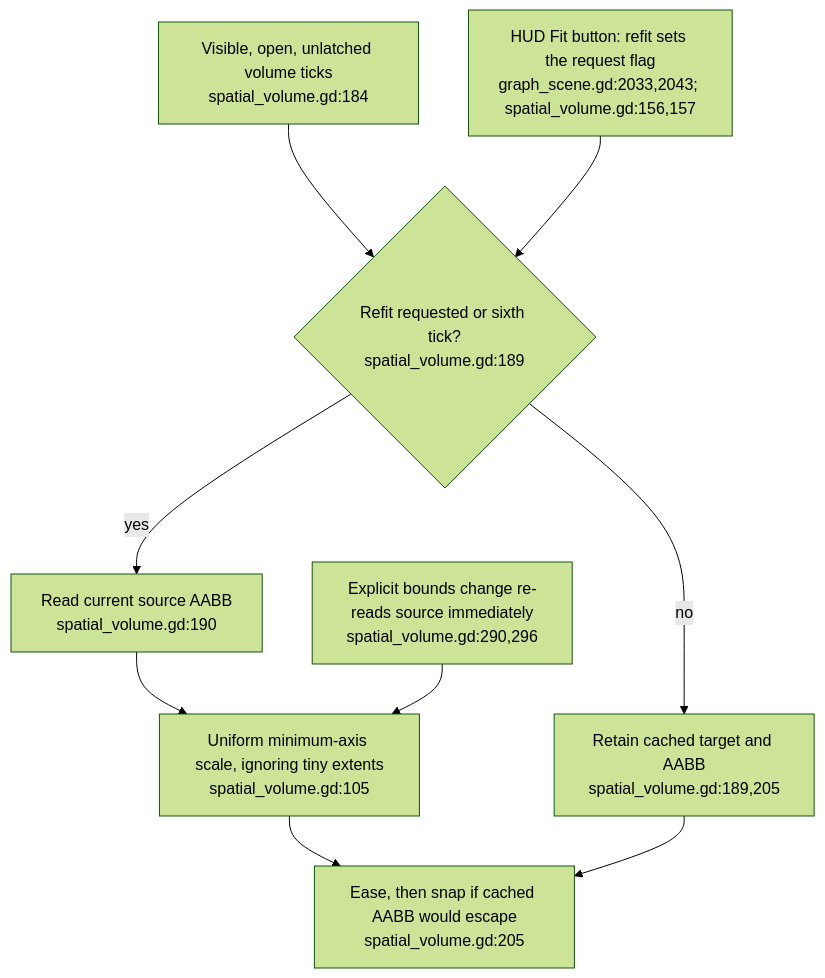
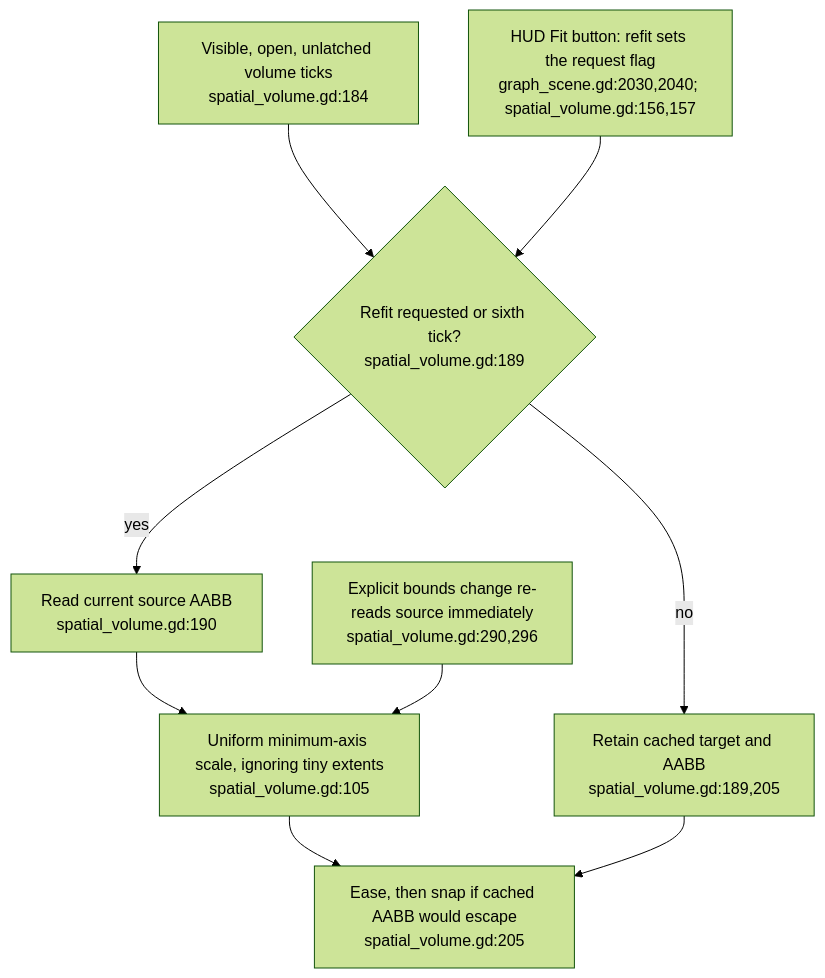
The second of 3 diagrams in docs/diagrams/visionclaw/46-spatial-volume-fit-and-link-budget.md (DreamLab-AI/VisionFlow), drawn with Mermaid (forest theme) before and after one commit. The commit also changed other lines of this file and 24 other files, not shown here.

Commit message:
docs: align XR liveness, filtering and rendering diagrams (#33)

````diff
--- a/docs/diagrams/visionclaw/46-spatial-volume-fit-and-link-budget.md
+++ b/docs/diagrams/visionclaw/46-spatial-volume-fit-and-link-budget.md
@@ -53,11 +53,11 @@
 ```mermaid
 flowchart TD
     TICK["Visible, open, unlatched volume ticks<br/>spatial_volume.gd:184"] --> DUE{"Refit requested or sixth tick?<br/>spatial_volume.gd:189"}
     DUE -->|yes| READ["Read current source AABB<br/>spatial_volume.gd:190"]
     READ --> FIT["Uniform minimum-axis scale, ignoring tiny extents<br/>spatial_volume.gd:105"]
     DUE -->|no| CACHE["Retain cached target and AABB<br/>spatial_volume.gd:189,205"]
     FIT --> CHECK["Ease, then snap if cached AABB would escape<br/>spatial_volume.gd:205"]
     CACHE --> CHECK
     BOUNDS["Explicit bounds change re-reads source immediately<br/>spatial_volume.gd:290,296"] --> FIT
-    FITBTN["HUD Fit button: refit sets the request flag<br/>graph_scene.gd:2033,2043; spatial_volume.gd:156,157"] --> DUE
+    FITBTN["HUD Fit button: refit sets the request flag<br/>graph_scene.gd:2030,2040; spatial_volume.gd:156,157"] --> DUE
 ```
````
